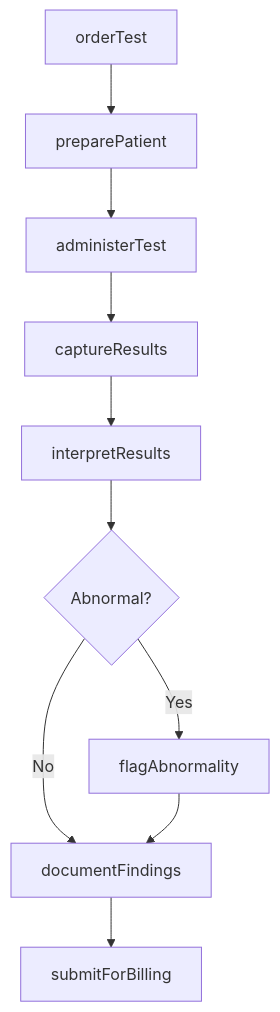
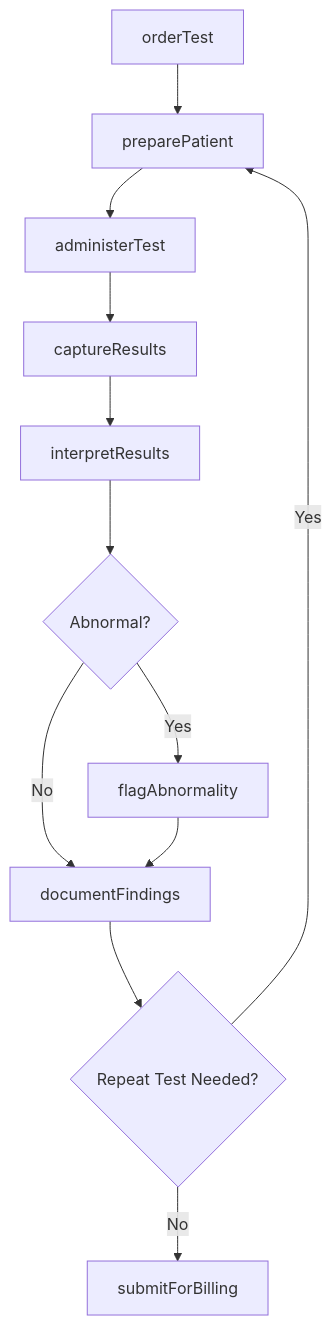
One commit to dot-org-ai/tasks.org.ai changed the third of 4 diagrams in InspectingEquipmentStructuresOrMaterials/AdministerDiagnosticTestsToAssessPatientHealth/TestPatientHeartLungFunctioning.mdx. Above: the diagram before and after it, drawn with Mermaid. The commit also changed other lines of this file and 504 other files, not shown here.

First line of the commit message:
feat: Add ER diagrams, state diagrams, and workflow improvements to 96 DWA task files

````diff
--- a/InspectingEquipmentStructuresOrMaterials/AdministerDiagnosticTestsToAssessPatientHealth/TestPatientHeartLungFunctioning.mdx
+++ b/InspectingEquipmentStructuresOrMaterials/AdministerDiagnosticTestsToAssessPatientHealth/TestPatientHeartLungFunctioning.mdx
@@ -92,12 +122,14 @@
 ```mermaid
 graph TD
     A[orderTest] --> B[preparePatient]
     B --> C[administerTest]
     C --> D[captureResults]
     D --> E[interpretResults]
     E --> F{Abnormal?}
     F -->|Yes| G[flagAbnormality]
     F -->|No| H[documentFindings]
     G --> H
-    H --> I[submitForBilling]
+    H --> I{Repeat Test Needed?}
+    I -->|Yes| B
+    I -->|No| J[submitForBilling]
 ```
````
